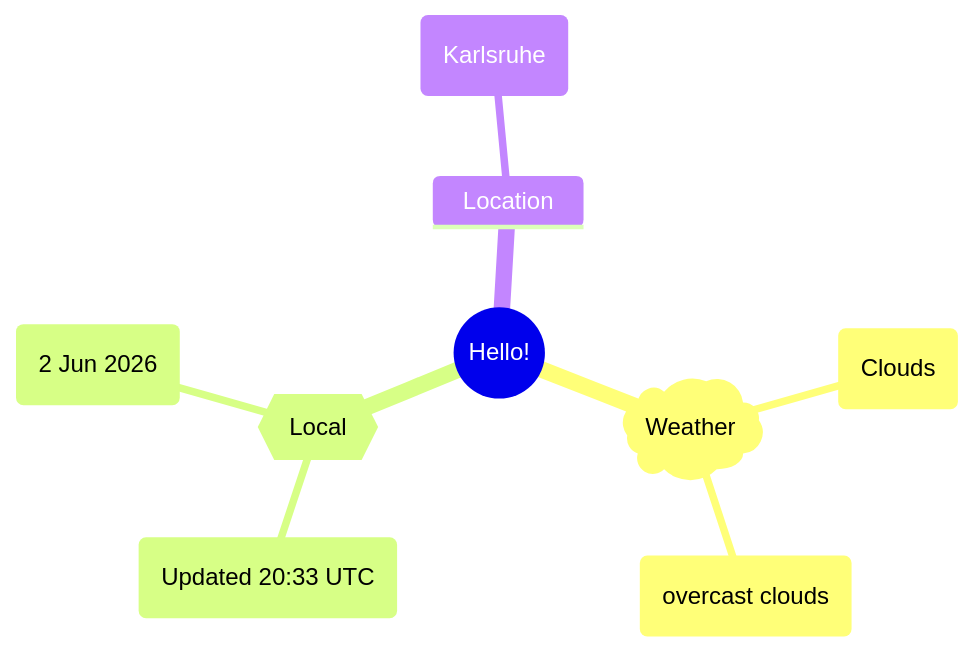
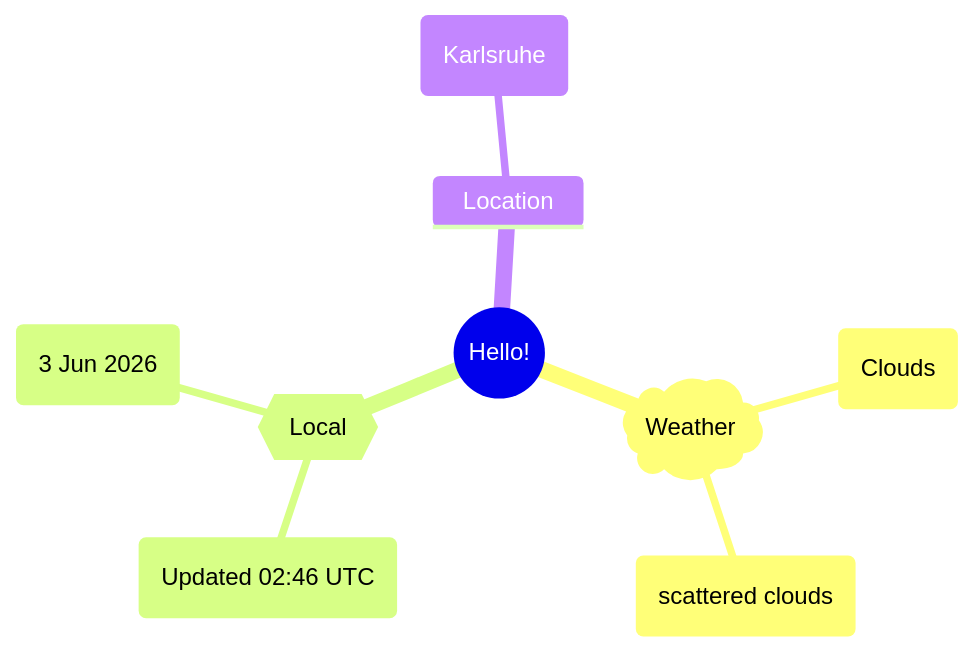
The first of 2 diagrams in README.md (Xosrov/Xosrov), drawn with Mermaid before and after one commit.

Commit message:
[bot] updated images

````diff
--- a/README.md
+++ b/README.md
@@ -3,12 +3,12 @@
 ```mermaid
 mindmap
   root((Hello!))
     )Weather(
         (Clouds)
-        (overcast clouds)
+        (scattered clouds)
     {{Local}}
-        (Updated 20:33 UTC)
-        (2 Jun 2026)
+        (Updated 02:46 UTC)
+        (3 Jun 2026)
     Location
         (Karlsruhe)
 ```
````
